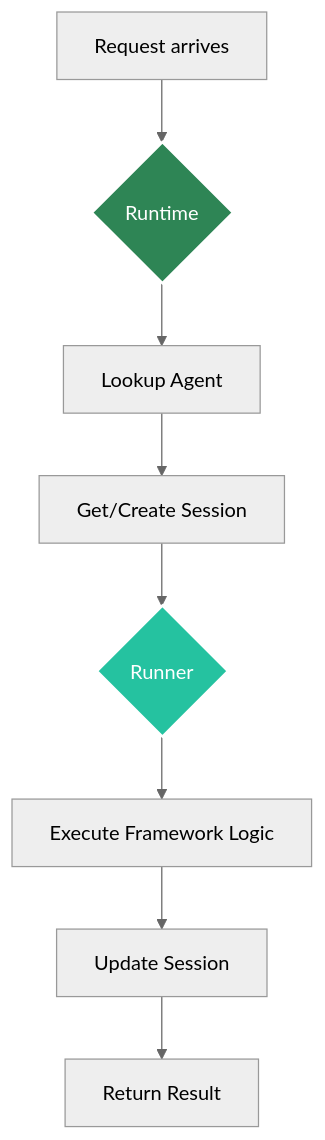
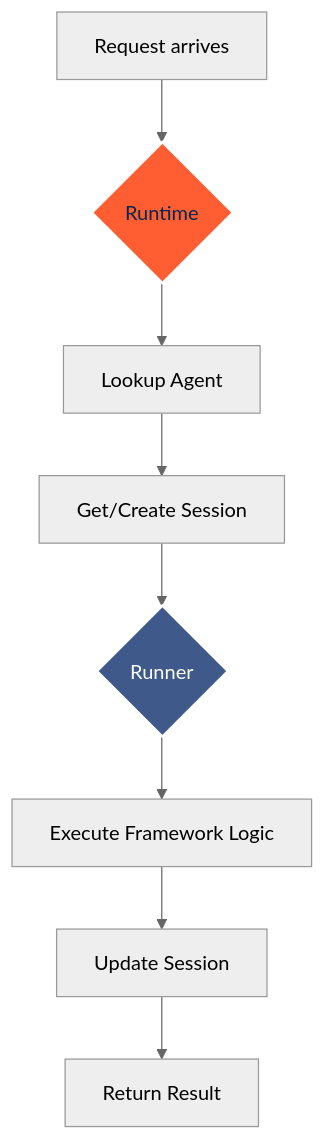
One commit to yaalalabs/agent-kernel changed the fourth of 4 diagrams in docs/docs/core-concepts/overview.md. Above: the diagram before and after it, drawn with Mermaid (neutral theme). The commit also changed other lines of this file and 444 other files, not shown here.

````diff
--- a/docs/docs/core-concepts/overview.md
+++ b/docs/docs/core-concepts/overview.md
@@ -229,13 +229,13 @@
 ```mermaid
 graph TD
     A[Request arrives] --> B{Runtime}
     B --> C[Lookup Agent]
     C --> D[Get/Create Session]
     D --> E{Runner}
     E --> F[Execute Framework Logic]
     F --> G[Update Session]
     G --> H[Return Result]
     
-    style B fill:#2e8555,stroke:#fff,stroke-width:2px,color:#fff
-    style E fill:#25c2a0,stroke:#fff,stroke-width:2px,color:#fff
+    style B fill:#FF5E32,stroke:#fff,stroke-width:2px,color:#02284F
+    style E fill:#3F598A,stroke:#fff,stroke-width:2px,color:#fff
 ```
````
